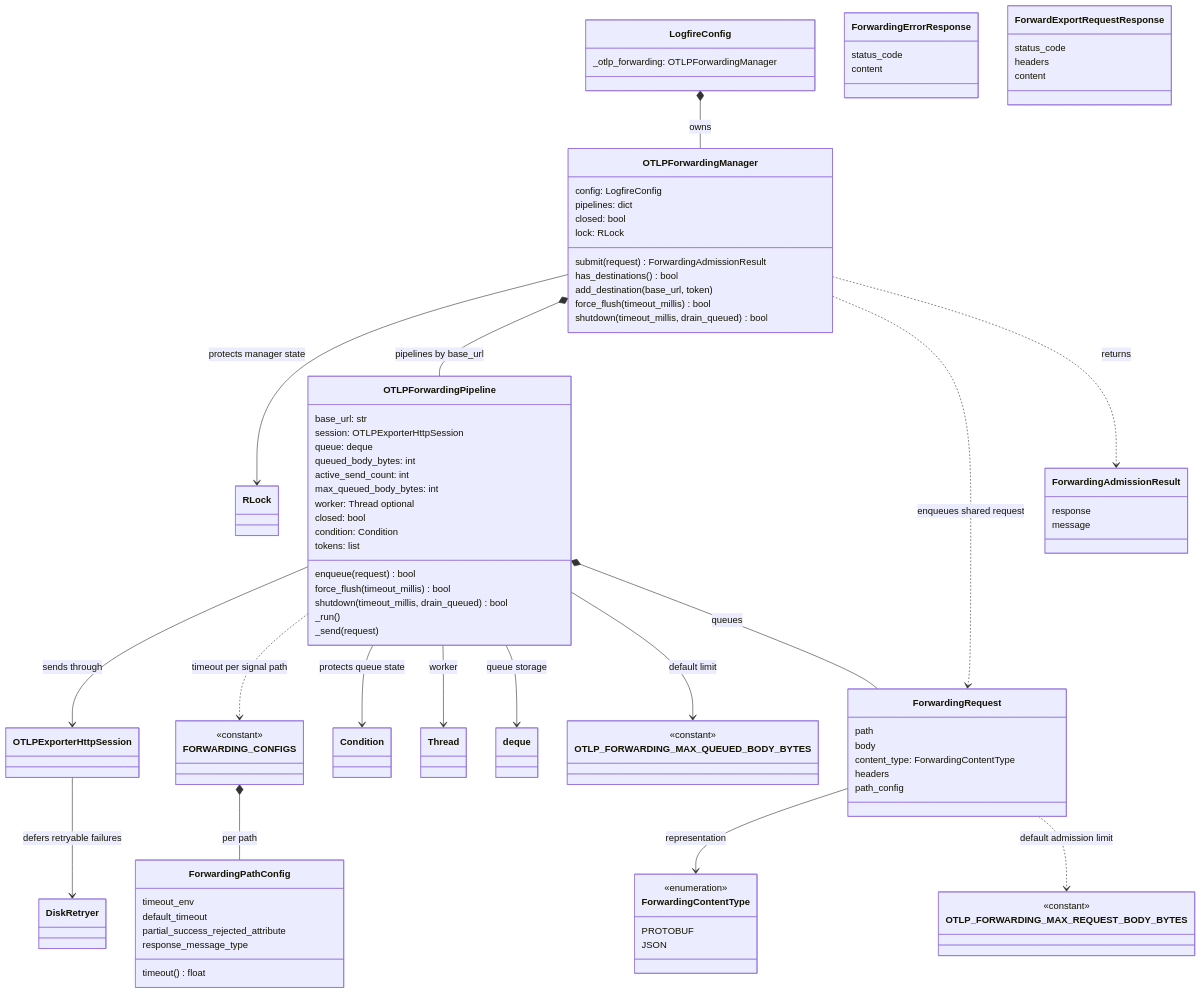
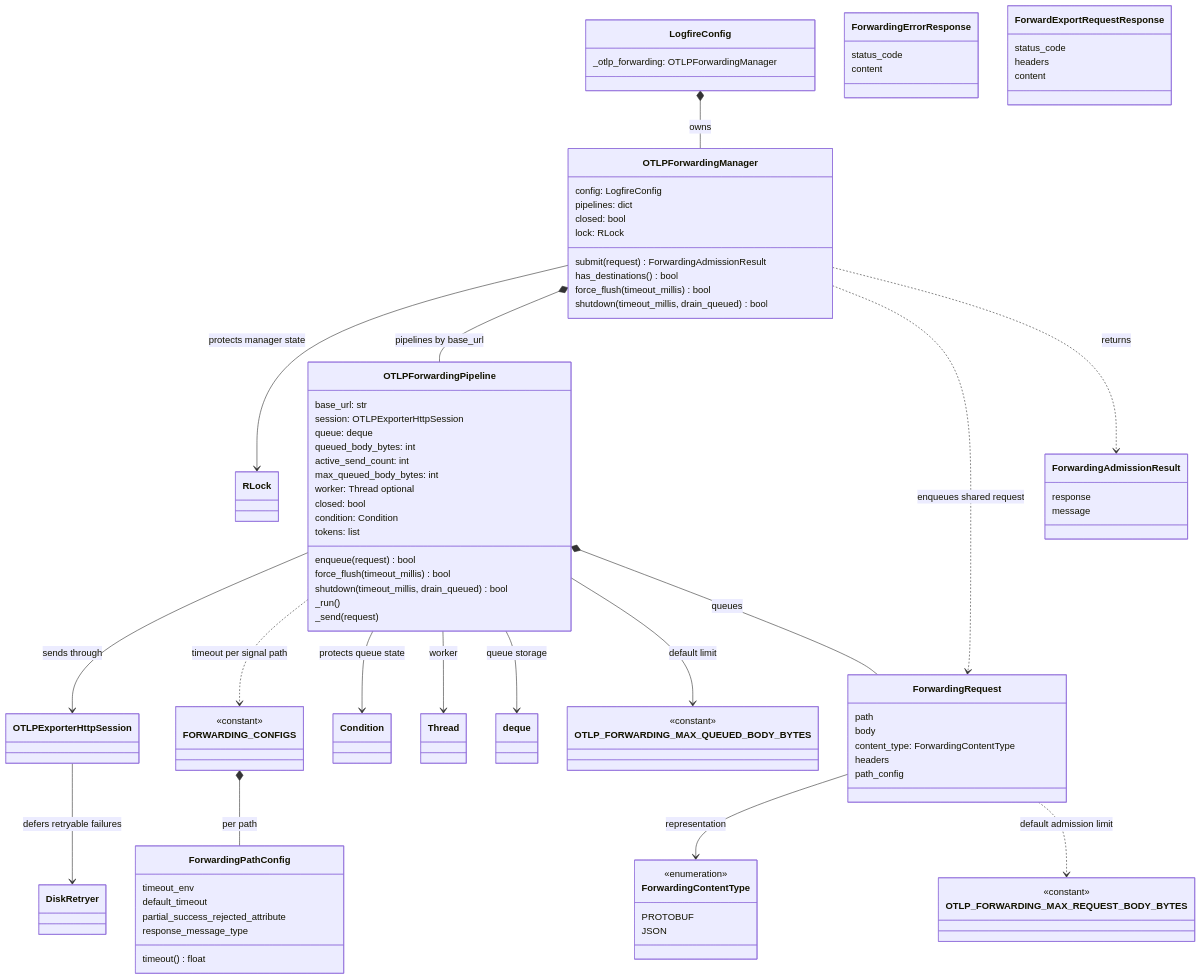
Before and after one commit to pydantic/logfire: the third of 5 diagrams in specs/browser-telemetry-forwarding-first-pass/diagrams.md, drawn with Mermaid. The commit also changed other lines of this file and 5 other files, not shown here.

```diff
--- a/specs/browser-telemetry-forwarding-first-pass/diagrams.md
+++ b/specs/browser-telemetry-forwarding-first-pass/diagrams.md
@@ -80,7 +80,6 @@
         lock: RLock
         submit(request) ForwardingAdmissionResult
         has_destinations() bool
-        add_destination(base_url, token)
         force_flush(timeout_millis) bool
         shutdown(timeout_millis, drain_queued) bool
     }
```
